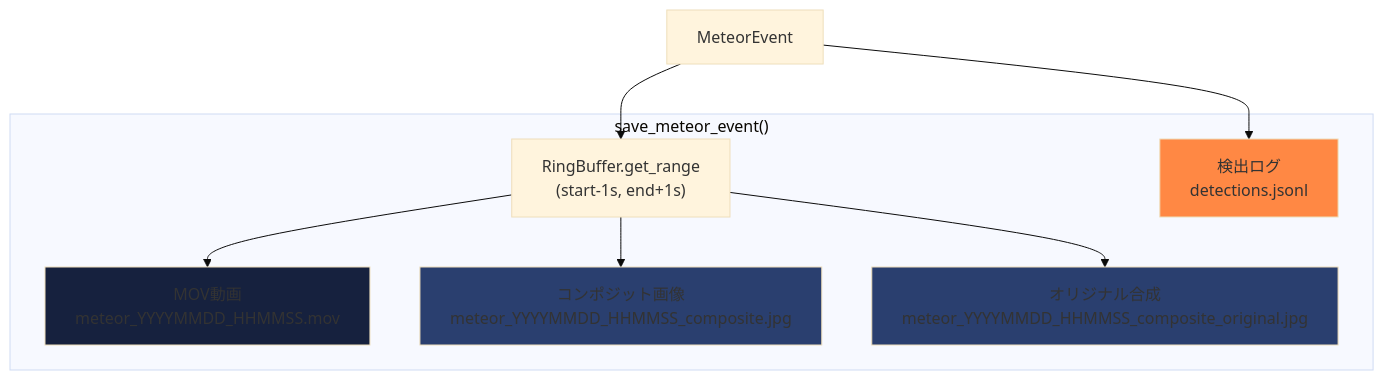
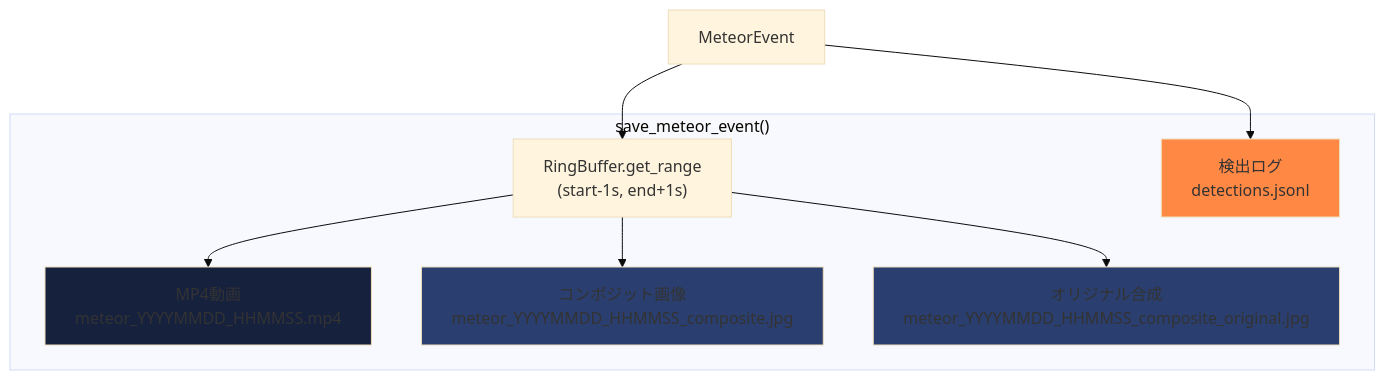
Diagram 11 of 12 in documents/DETECTOR_COMPONENTS.md (Masakai/meteo), drawn with Mermaid (base theme) before and after one commit. The commit also changed other lines of this file and 20 other files, not shown here.

````diff
--- a/documents/DETECTOR_COMPONENTS.md
+++ b/documents/DETECTOR_COMPONENTS.md
@@ -716,24 +716,24 @@
 ```mermaid
 graph TD
     Event["MeteorEvent"]
 
     subgraph "save_meteor_event()"
         GetFrames["RingBuffer.get_range<br/>(start-1s, end+1s)"]
 
-        Video["MOV動画<br/>meteor_YYYYMMDD_HHMMSS.mov"]
+        Video["MP4動画<br/>meteor_YYYYMMDD_HHMMSS.mp4"]
         Composite["コンポジット画像<br/>meteor_YYYYMMDD_HHMMSS_composite.jpg"]
         Original["オリジナル合成<br/>meteor_YYYYMMDD_HHMMSS_composite_original.jpg"]
         JSONL["検出ログ<br/>detections.jsonl"]
     end
 
     Event --> GetFrames
     GetFrames --> Video
     GetFrames --> Composite
     GetFrames --> Original
     Event --> JSONL
 
     style Video fill:#16213e
     style Composite fill:#2a3f6f
     style Original fill:#2a3f6f
     style JSONL fill:#ff8844
 ```
````
